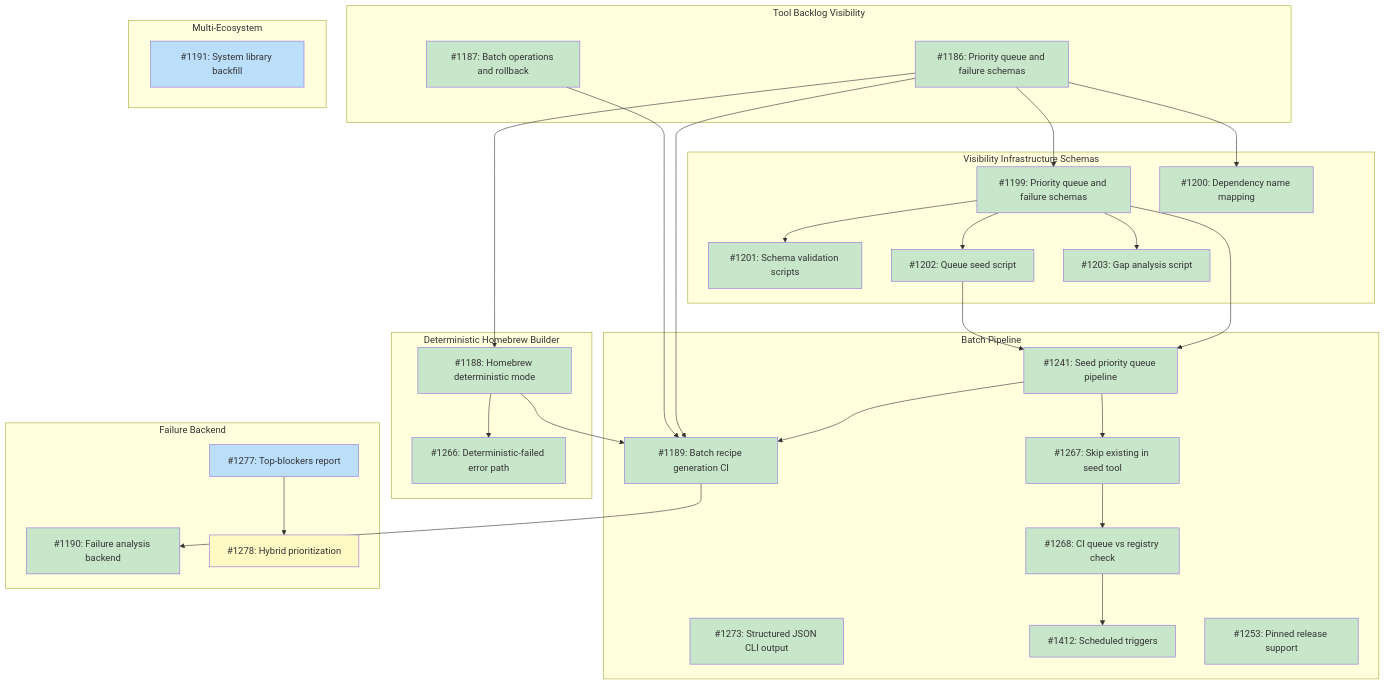
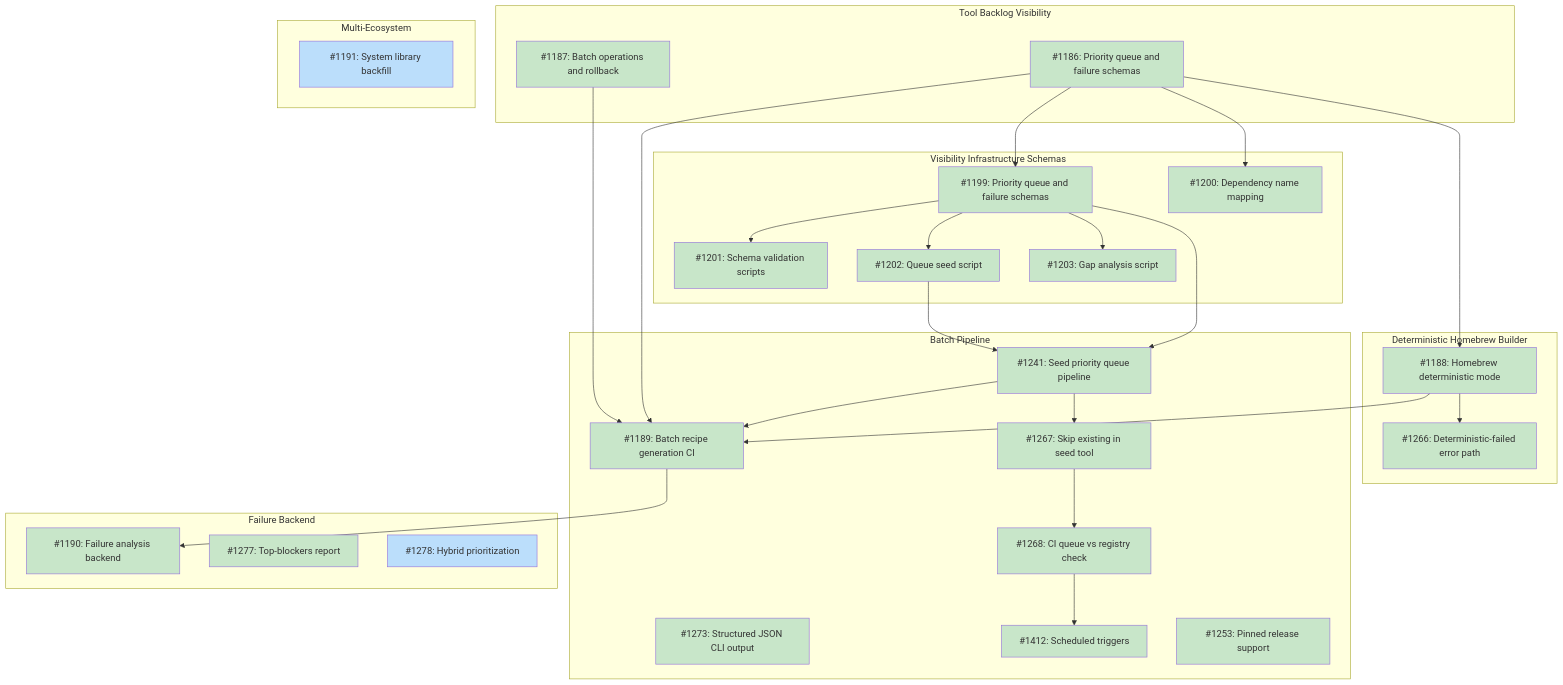
The diagram in docs/designs/DESIGN-registry-scale-strategy.md (tsukumogami/tsuku), drawn with Mermaid before and after one commit. The commit also changed other lines of this file, not shown here.

First line of the commit message:
docs: update issues table and diagram for #1277 closure and #1278 rewrite

````diff
--- a/docs/designs/DESIGN-registry-scale-strategy.md
+++ b/docs/designs/DESIGN-registry-scale-strategy.md
@@ -133,8 +133,6 @@
     I1267 --> I1268
     I1268 --> I1412
     I1189 --> I1190
-    I1277 --> I1278
-
     classDef done fill:#c8e6c9
     classDef ready fill:#bbdefb
     classDef blocked fill:#fff9c4
@@ -156,7 +154,7 @@
     class I1412 done
     class I1253 done
     class I1190 done
-    class I1277 ready
-    class I1278 blocked
+    class I1277 done
+    class I1278 ready
     class I1191 ready
 ```
````
